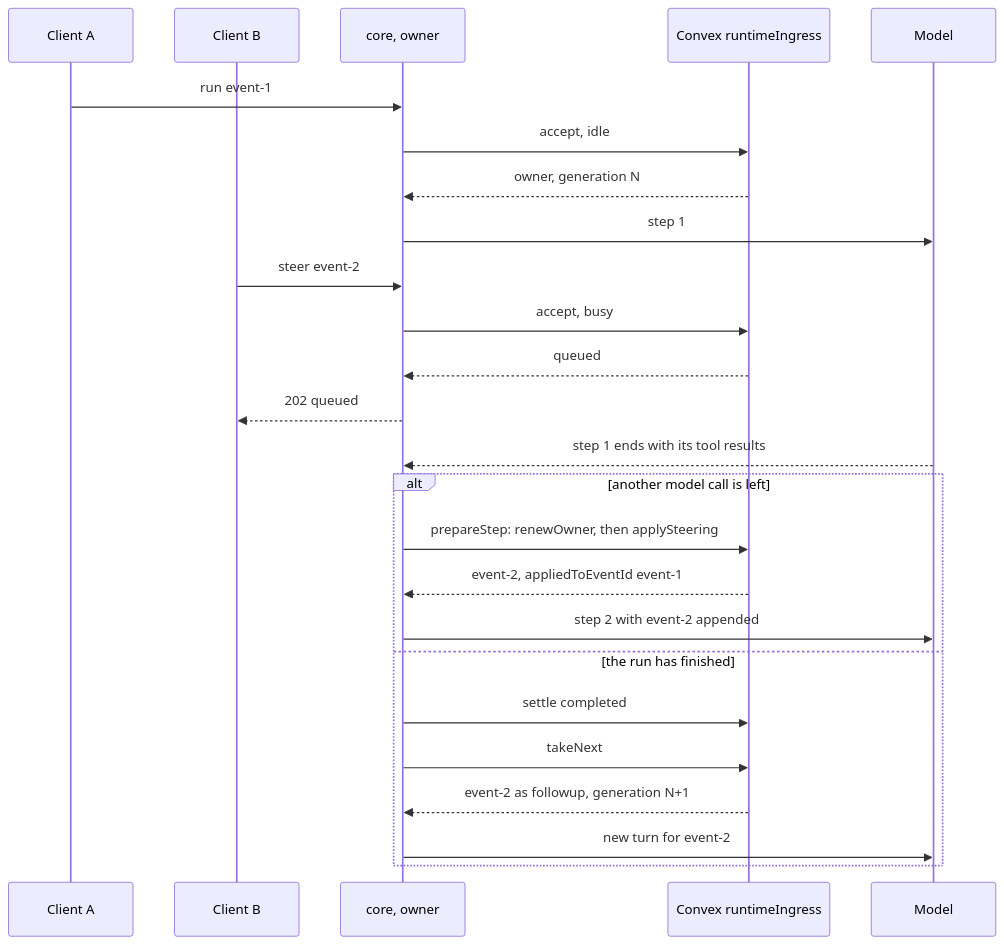
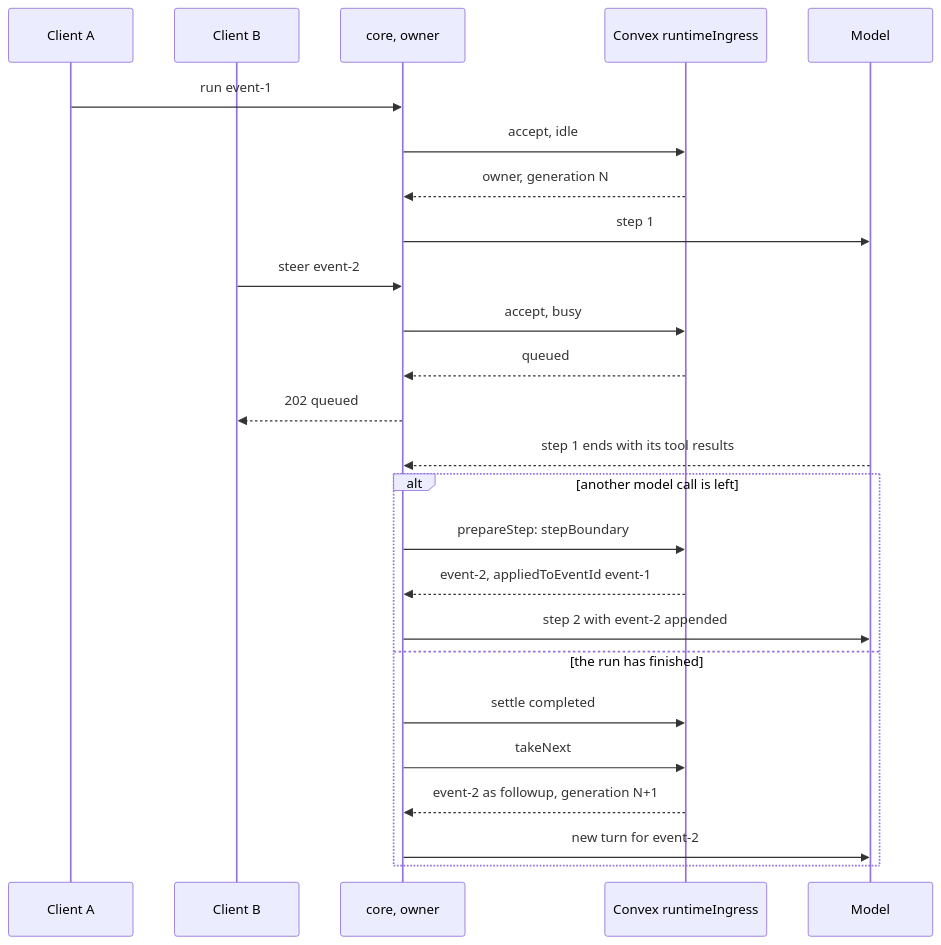
The fourth of 4 diagrams in apps/docs/docs/internals/queue-and-steer.md (beeblastco/broods), drawn with Mermaid before and after one commit. The commit also changed other lines of this file and 8 other files, not shown here.

````diff
--- a/apps/docs/docs/internals/queue-and-steer.md
+++ b/apps/docs/docs/internals/queue-and-steer.md
@@ -153,28 +153,28 @@
 ```mermaid
 sequenceDiagram
   participant A as Client A
   participant B as Client B
   participant Core as core, owner
   participant CX as Convex runtimeIngress
   participant M as Model
 
   A->>Core: run event-1
   Core->>CX: accept, idle
   CX-->>Core: owner, generation N
   Core->>M: step 1
   B->>Core: steer event-2
   Core->>CX: accept, busy
   CX-->>Core: queued
   Core-->>B: 202 queued
   M-->>Core: step 1 ends with its tool results
   alt another model call is left
-    Core->>CX: prepareStep: renewOwner, then applySteering
+    Core->>CX: prepareStep: stepBoundary
     CX-->>Core: event-2, appliedToEventId event-1
     Core->>M: step 2 with event-2 appended
   else the run has finished
     Core->>CX: settle completed
     Core->>CX: takeNext
     CX-->>Core: event-2 as followup, generation N+1
     Core->>M: new turn for event-2
   end
 ```
````
